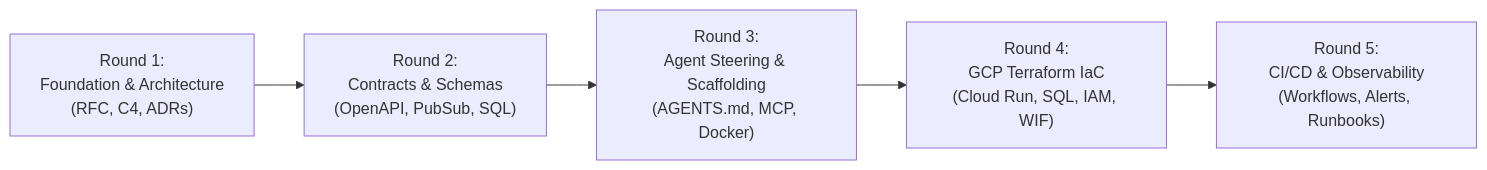
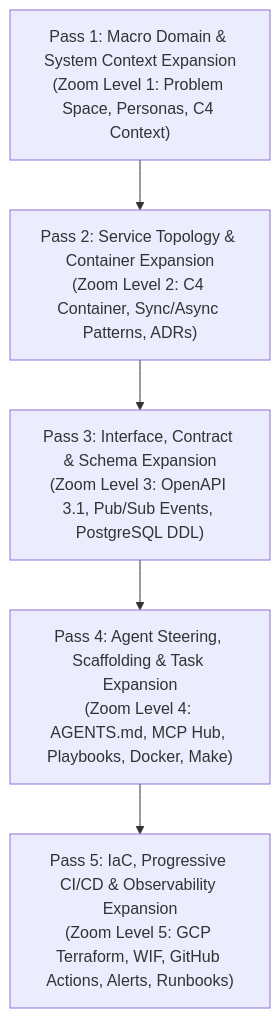
One commit to madhuka-m-gamage/Application-structuring-wf-template changed the diagram in docs/superpowers/specs/2026-09-21-system-design-to-deployment-workflow-template-design.md. Above: the diagram before and after it, drawn with Mermaid. The commit also changed other lines of this file and 1 other file, not shown here.

Commit message:
docs: revise architecture spec and plan to 5-pass progressive expansion model

````diff
--- a/docs/superpowers/specs/2026-09-21-system-design-to-deployment-workflow-template-design.md
+++ b/docs/superpowers/specs/2026-09-21-system-design-to-deployment-workflow-template-design.md
@@ -12,7 +12,8 @@
 ```mermaid
-flowchart LR
-    R1["Round 1:<br/>Foundation & Architecture<br/>(RFC, C4, ADRs)"] --> R2["Round 2:<br/>Contracts & Schemas<br/>(OpenAPI, PubSub, SQL)"]
-    R2 --> R3["Round 3:<br/>Agent Steering & Scaffolding<br/>(AGENTS.md, MCP, Docker)"]
-    R3 --> R4["Round 4:<br/>GCP Terraform IaC<br/>(Cloud Run, SQL, IAM, WIF)"]
-    R4 --> R5["Round 5:<br/>CI/CD & Observability<br/>(Workflows, Alerts, Runbooks)"]
+flowchart TD
+    P1["Pass 1: Macro Domain & System Context Expansion<br/>(Zoom Level 1: Problem Space, Personas, C4 Context)"]
+    --> P2["Pass 2: Service Topology & Container Expansion<br/>(Zoom Level 2: C4 Container, Sync/Async Patterns, ADRs)"]
+    --> P3["Pass 3: Interface, Contract & Schema Expansion<br/>(Zoom Level 3: OpenAPI 3.1, Pub/Sub Events, PostgreSQL DDL)"]
+    --> P4["Pass 4: Agent Steering, Scaffolding & Task Expansion<br/>(Zoom Level 4: AGENTS.md, MCP Hub, Playbooks, Docker, Make)"]
+    --> P5["Pass 5: IaC, Progressive CI/CD & Observability Expansion<br/>(Zoom Level 5: GCP Terraform, WIF, GitHub Actions, Alerts, Runbooks)"]
 ```
````
